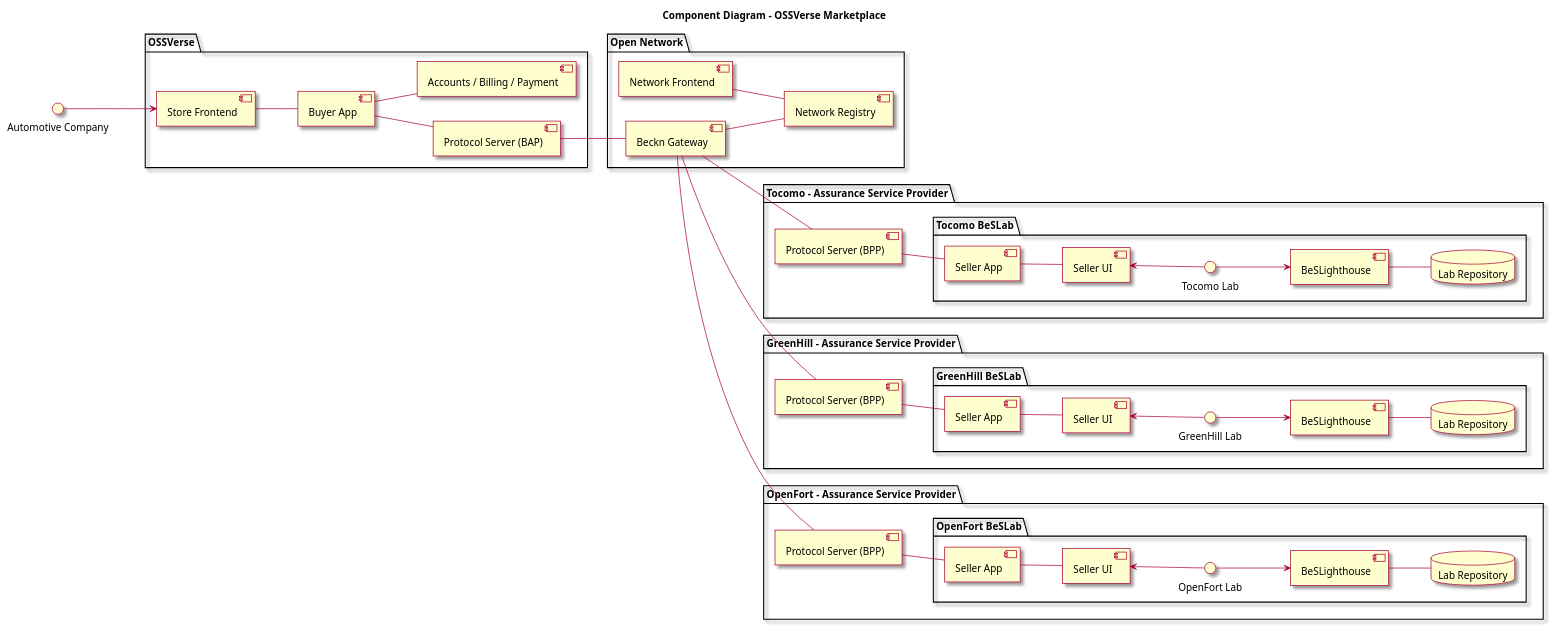
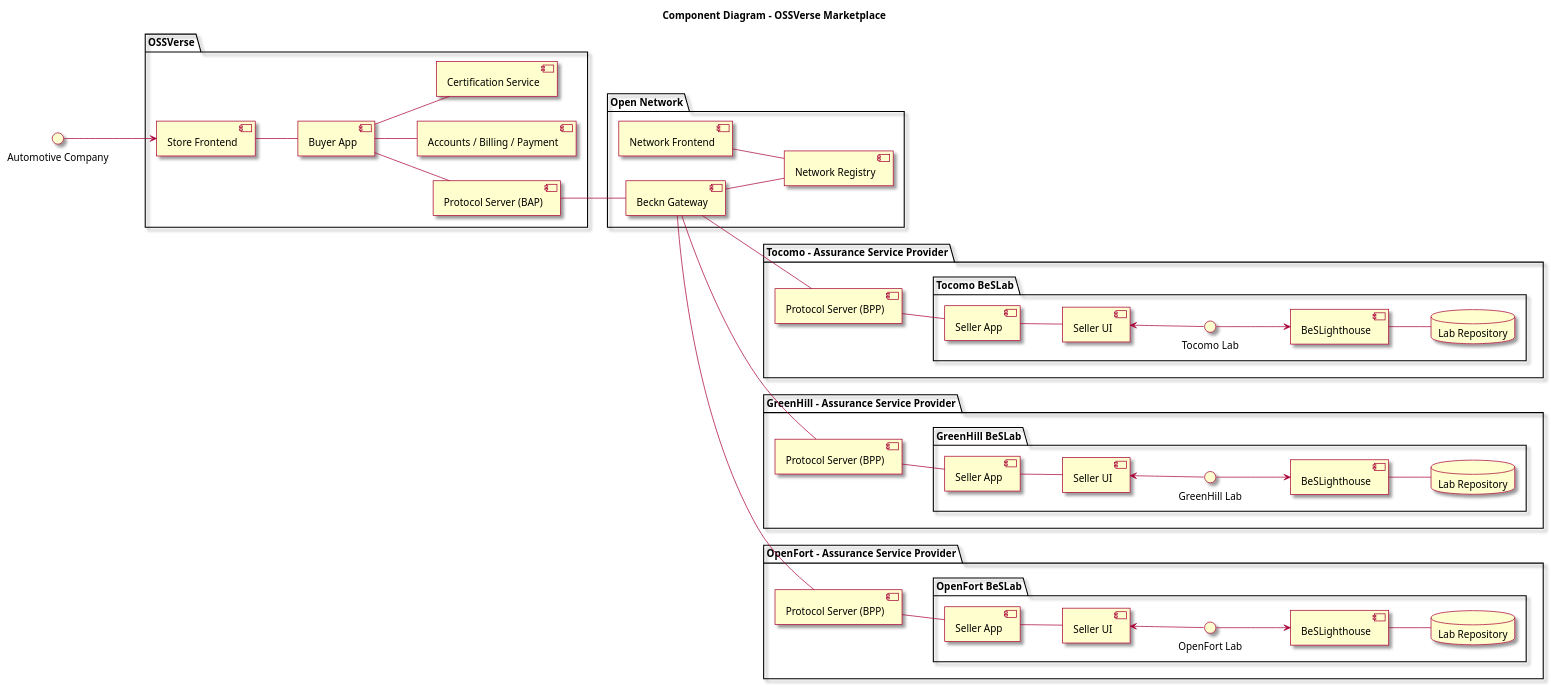
Before and after one commit to OSSVerse/OSSVerse: the diagram in docs/puml/ComponentDiagram.puml, drawn with PlantUML. The commit also changed 1 other file, not shown here.

Commit message:
compenent diagram udpated

```diff
--- a/docs/puml/ComponentDiagram.puml
+++ b/docs/puml/ComponentDiagram.puml
@@ -1,78 +1,81 @@
 @startuml
 
 title Component Diagram - OSSVerse Marketplace
 
 skin rose
 
 left to right direction
 
 package "OSSVerse" {
   component [Store Frontend] as comp1
   component [Buyer App] as comp2
   component [Protocol Server (BAP)] as comp3
   component [Accounts / Billing / Payment] as comp21
+  component [Certification Service] as comp23
+
   comp1 -- comp2
   comp2 -- comp3
   comp2 -- comp21
+  comp2 -- comp23
 }
 
 "Automotive Company" --> comp1
 
 package "Open Network" {
   component [Network Frontend] as comp22
   component [Beckn Gateway] as comp4
   database [Network Registry] as comp5
   comp3 -- comp4
   comp4 -- comp5
   comp22 -- comp5
 }
 
 package "Tocomo - Assurance Service Provider" {
   component [Protocol Server (BPP)] as comp6
   package "Tocomo BeSLab" {
     component [Seller App] as comp7
     component [Seller UI] as comp8
     component [BeSLighthouse] as comp9
     database "Lab Repository" as comp10
     comp8 <-- "Tocomo Lab"
     "Tocomo Lab" --> comp9
     comp9 -- comp10
   }
   comp4 -- comp6
   comp6 -- comp7
   comp7 -- comp8
 }
 
 package "GreenHill - Assurance Service Provider" {
   component [Protocol Server (BPP)] as comp11
   package "GreenHill BeSLab" {
     component [Seller App] as comp12
     component [Seller UI] as comp13
     component [BeSLighthouse] as comp14
     database "Lab Repository" as comp15
     comp13 <-- "GreenHill Lab"
     "GreenHill Lab" --> comp14
     comp14 -- comp15
   }
   comp4 -- comp11
   comp11 -- comp12
   comp12 -- comp13
 }
 
 package "OpenFort - Assurance Service Provider" {
   component [Protocol Server (BPP)] as comp16
   package "OpenFort BeSLab" {
     component [Seller App] as comp17
     component [Seller UI] as comp18
     component [BeSLighthouse] as comp19
     database "Lab Repository" as comp20
     comp18 <-- "OpenFort Lab"
     "OpenFort Lab" --> comp19
     comp19 -- comp20
   }
   comp4 -- comp16
   comp16 -- comp17
   comp17 -- comp18
 }
 
 @enduml
```
